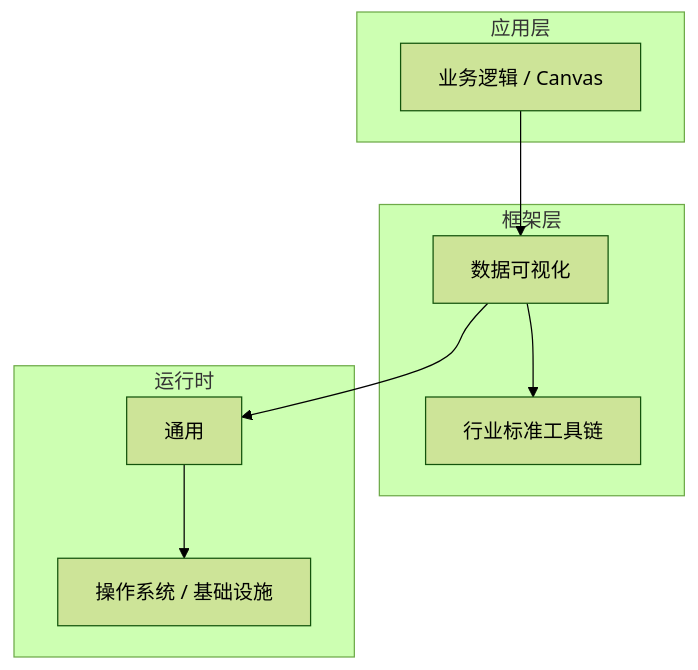
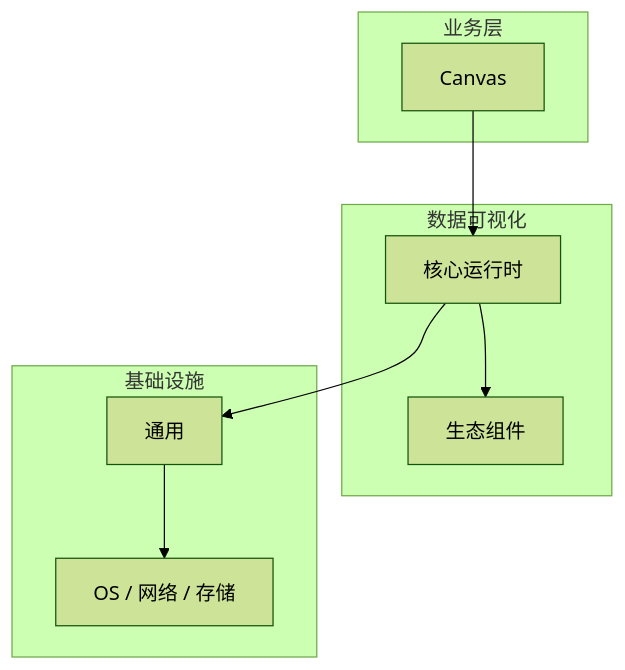
Before and after one commit to yanggan2015/knowledge-json-v2: the diagram in articles/数据可视化/chapters/052-Canvas核心概念与原理.md, drawn with Mermaid (forest theme). The commit also changed other lines of this file and 10127 other files, not shown here.

````diff
--- a/articles/数据可视化/chapters/052-Canvas核心概念与原理.md
+++ b/articles/数据可视化/chapters/052-Canvas核心概念与原理.md
@@ -45,18 +34,18 @@
 ```mermaid
 graph TB
-    subgraph 应用层
-        A[业务逻辑 / Canvas]
+    subgraph 业务层
+        A[Canvas]
     end
-    subgraph 框架层
-        B[数据可视化]
-        C[行业标准工具链]
+    subgraph 数据可视化
+        B[核心运行时]
+        C[生态组件]
     end
-    subgraph 运行时
+    subgraph 基础设施
         D[通用]
-        E[操作系统 / 基础设施]
+        E[OS / 网络 / 存储]
     end
     A --> B
     B --> C
     B --> D
     D --> E
 ```
````
